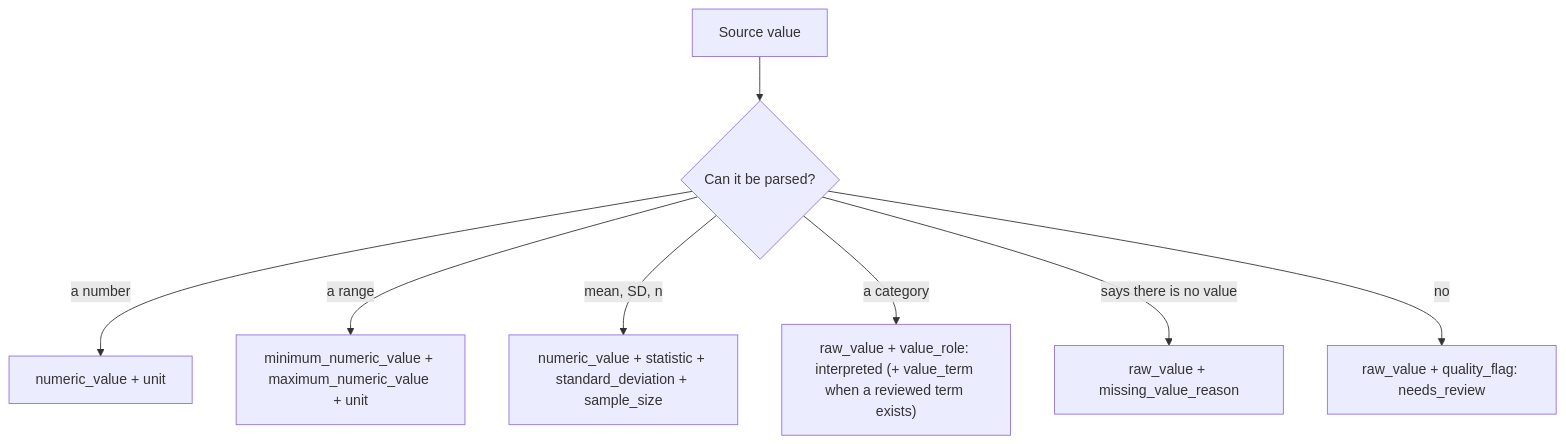
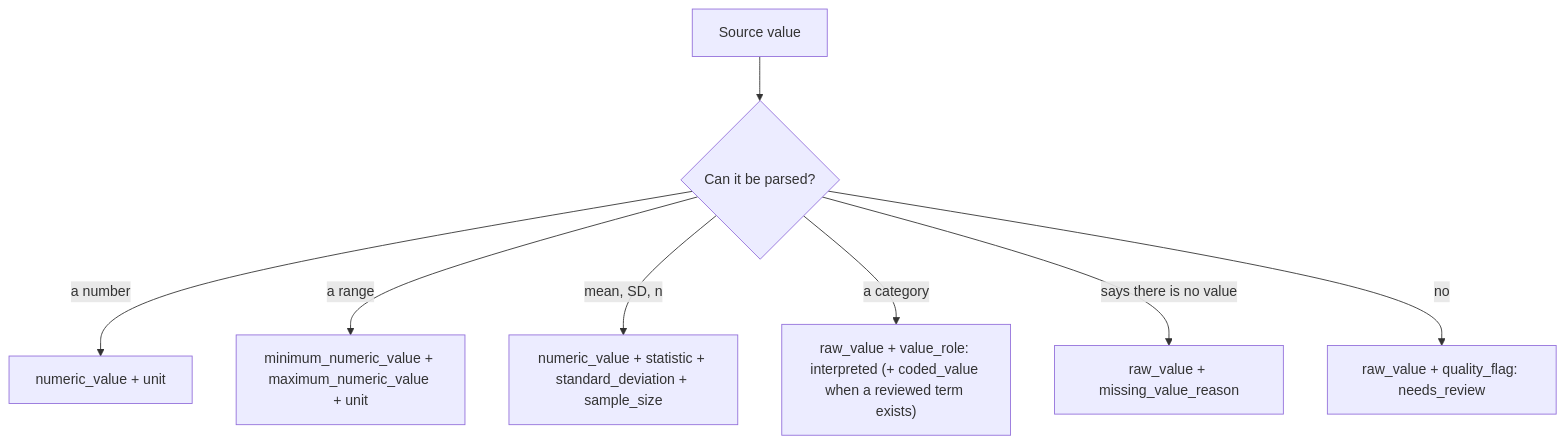
The third of 4 diagrams in docs/measurements-hackathon-2026-09-30.md (ber-data/bridge-central-schema), drawn with Mermaid before and after one commit. The commit also changed other lines of this file and 5 other files, not shown here.

First line of the commit message:
Rename value_term to coded_value

````diff
--- a/docs/measurements-hackathon-2026-09-30.md
+++ b/docs/measurements-hackathon-2026-09-30.md
@@ -150,10 +150,10 @@
 ```mermaid
 flowchart TD
     v["Source value"] --> q1{"Can it be parsed?"}
     q1 -- "a number" --> n["numeric_value + unit"]
     q1 -- "a range" --> r["minimum_numeric_value + maximum_numeric_value + unit"]
     q1 -- "mean, SD, n" --> s["numeric_value + statistic + standard_deviation + sample_size"]
-    q1 -- "a category" --> c["raw_value + value_role: interpreted (+ value_term when a reviewed term exists)"]
+    q1 -- "a category" --> c["raw_value + value_role: interpreted (+ coded_value when a reviewed term exists)"]
     q1 -- "says there is no value" --> m["raw_value + missing_value_reason"]
     q1 -- "no" --> f["raw_value + quality_flag: needs_review"]
 ```
````
